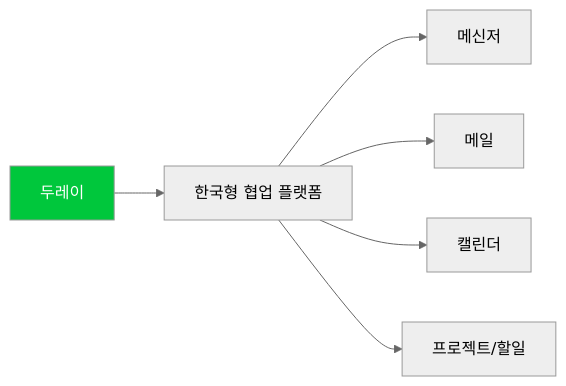
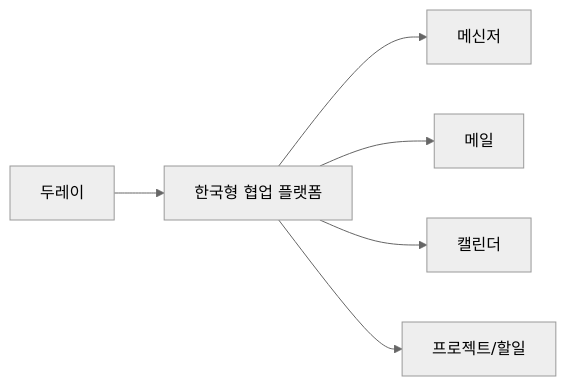
Before and after one commit to nugurejeil/weniVooks: the ninth of 20 diagrams in _md/genai-notion/chapter06/06-2.md, drawn with Mermaid (neutral theme). The commit also changed other lines of this file and 187 other files, not shown here.

````diff
--- a/_md/genai-notion/chapter06/06-2.md
+++ b/_md/genai-notion/chapter06/06-2.md
@@ -450,11 +439,9 @@
 ```mermaid
 graph LR
     A[두레이] --> B[한국형 협업 플랫폼]
 
     B --> B1[메신저]
     B --> B2[메일]
     B --> B3[캘린더]
     B --> B4[프로젝트/할일]
-
-    style A fill:#00C73C,color:#fff
 ```
````
